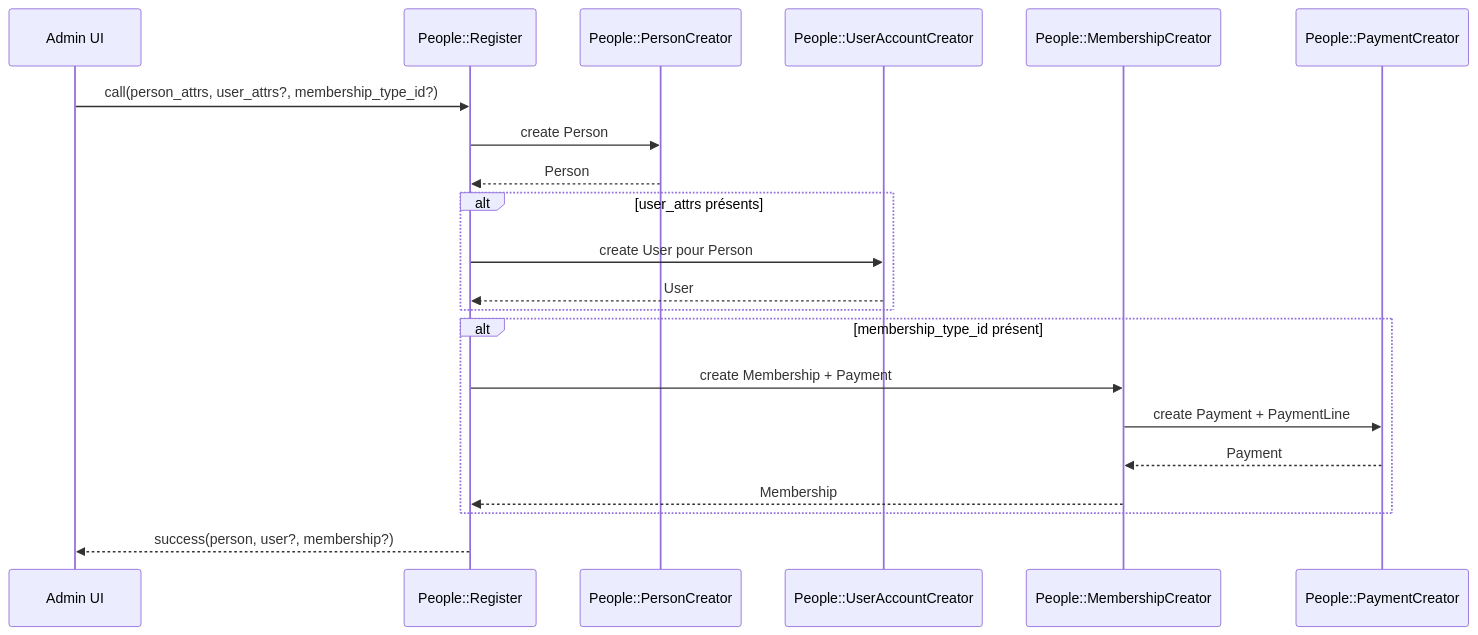
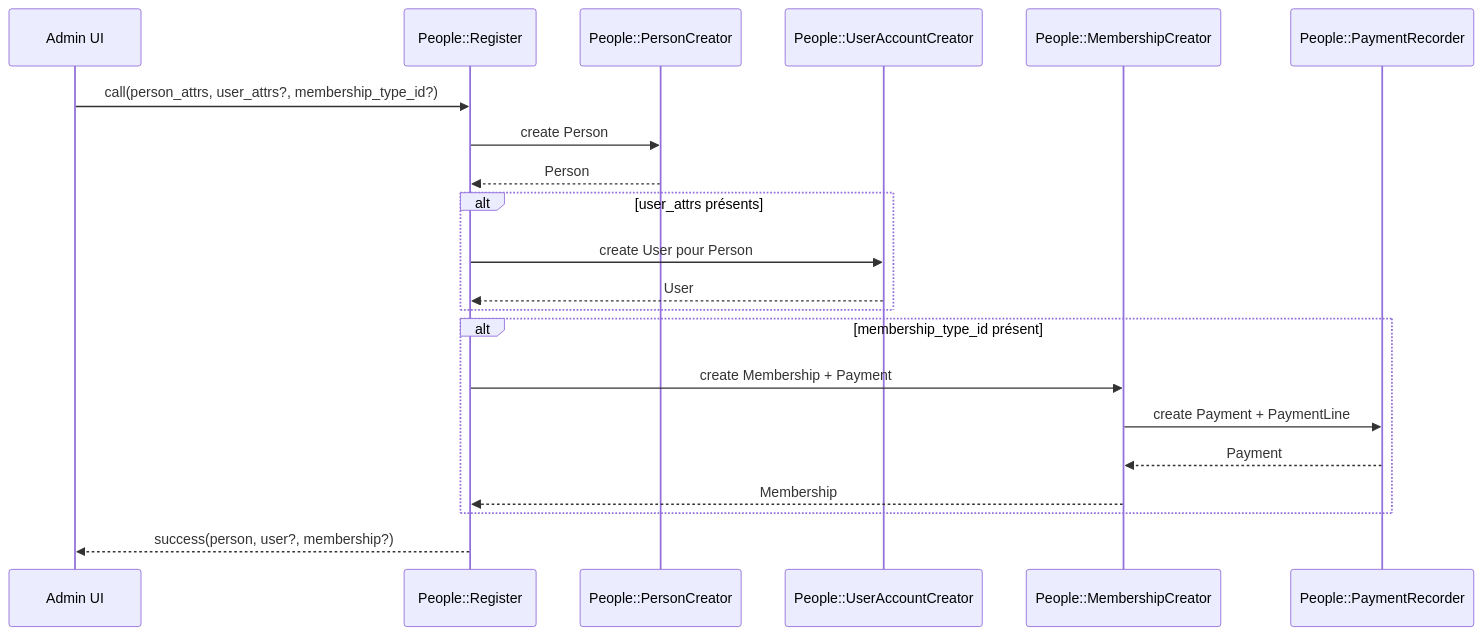
Before and after one commit to LeCircographe-asso/core: the fifth of 5 diagrams in docs/domain_model.md, drawn with Mermaid. The commit also changed other lines of this file and 7 other files, not shown here.

````diff
--- a/docs/domain_model.md
+++ b/docs/domain_model.md
@@ -201,24 +201,24 @@
 ```mermaid
 sequenceDiagram
   participant UI as Admin UI
   participant Reg as People::Register
   participant PC as People::PersonCreator
   participant UAC as People::UserAccountCreator
   participant MC as People::MembershipCreator
-  participant PayC as People::PaymentCreator
+  participant PayR as People::PaymentRecorder
 
   UI->>Reg: call(person_attrs, user_attrs?, membership_type_id?)
   Reg->>PC: create Person
   PC-->>Reg: Person
   alt user_attrs présents
     Reg->>UAC: create User pour Person
     UAC-->>Reg: User
   end
   alt membership_type_id présent
     Reg->>MC: create Membership + Payment
-    MC->>PayC: create Payment + PaymentLine
-    PayC-->>MC: Payment
+    MC->>PayR: create Payment + PaymentLine
+    PayR-->>MC: Payment
     MC-->>Reg: Membership
   end
   Reg-->>UI: success(person, user?, membership?)
 ```
````
